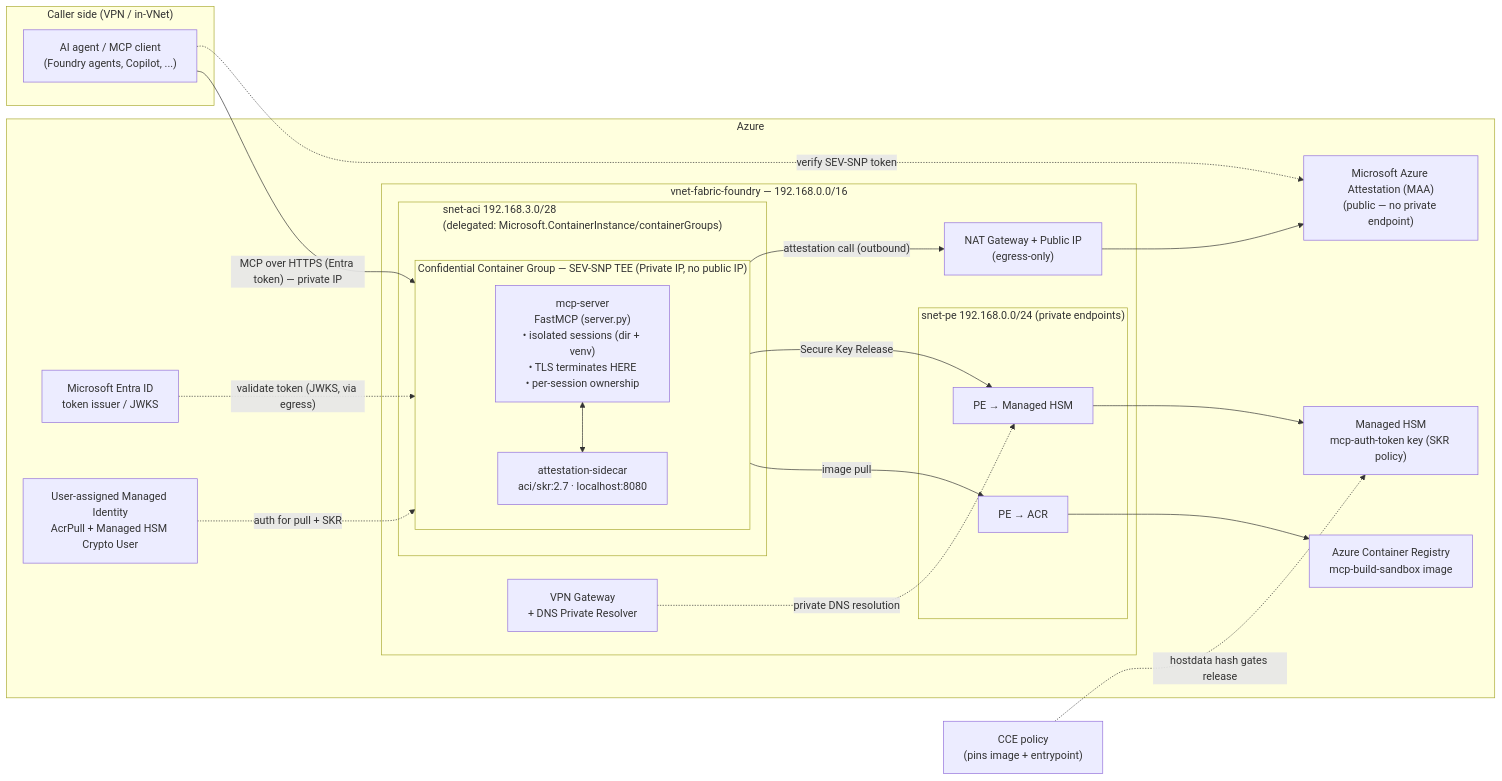
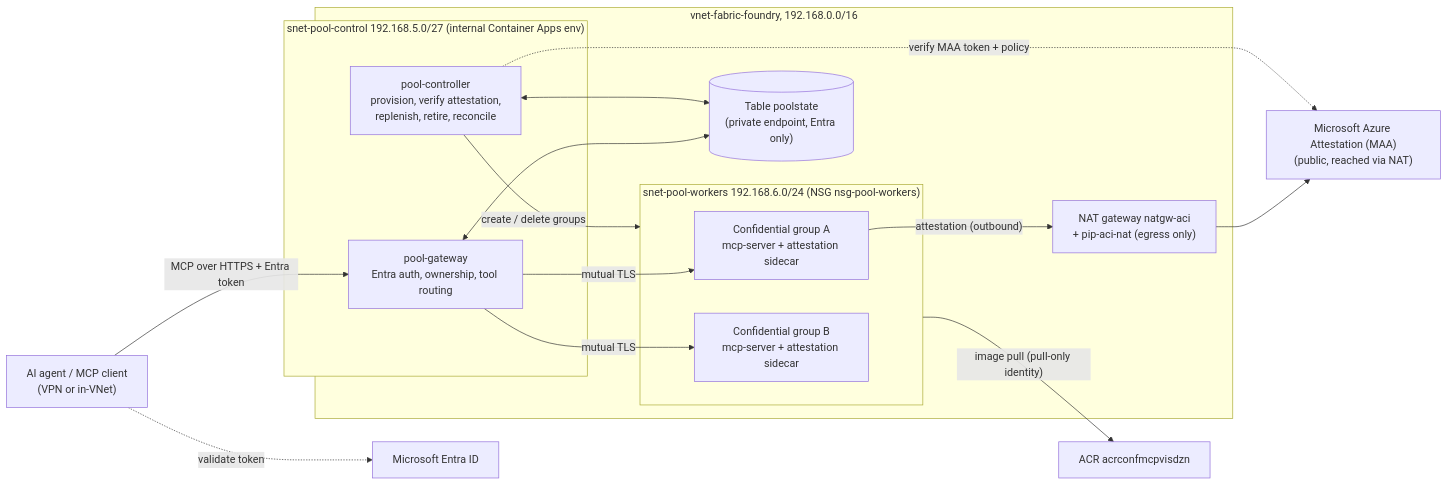
Before and after one commit to memasanz/confidential_compute: the diagram in docs/ARCHITECTURE.md, drawn with Mermaid. The commit also changed other lines of this file and 68 other files, not shown here.

First line of the commit message:
Replace single sandbox with pooled confidential ACI sessions; remove Managed HSM and SKR

````diff
--- a/docs/ARCHITECTURE.md
+++ b/docs/ARCHITECTURE.md
@@ -16,48 +18,32 @@
 ```mermaid
 flowchart LR
-    subgraph OnPrem["Caller side (VPN / in-VNet)"]
-        Agent["AI agent / MCP client<br/>(Foundry agents, Copilot, ...)"]
+    Agent["AI agent / MCP client<br/>(VPN or in-VNet)"]
+    Entra["Microsoft Entra ID"]
+    MAA["Microsoft Azure Attestation (MAA)<br/>(public, reached via NAT)"]
+
+    subgraph VNet["vnet-fabric-foundry, 192.168.0.0/16"]
+        subgraph Control["snet-pool-control 192.168.5.0/27 (internal Container Apps env)"]
+            GW["pool-gateway<br/>Entra auth, ownership, tool routing"]
+            CTL["pool-controller<br/>provision, verify attestation,<br/>replenish, retire, reconcile"]
+        end
+        Table[("Table poolstate<br/>(private endpoint, Entra only)")]
+        subgraph Workers["snet-pool-workers 192.168.6.0/24 (NSG nsg-pool-workers)"]
+            W1["Confidential group A<br/>mcp-server + attestation sidecar"]
+            W2["Confidential group B<br/>mcp-server + attestation sidecar"]
+        end
+        NAT["NAT gateway natgw-aci<br/>+ pip-aci-nat (egress only)"]
     end
+    ACR["ACR acrconfmcpvisdzn"]
 
-    subgraph Azure["Azure"]
-        MAA["Microsoft Azure Attestation (MAA)<br/>(public — no private endpoint)"]
-        Entra["Microsoft Entra ID<br/>token issuer / JWKS"]
-
-        subgraph VNet["vnet-fabric-foundry — 192.168.0.0/16"]
-            VPN["VPN Gateway<br/>+ DNS Private Resolver"]
-
-            subgraph SNETACI["snet-aci 192.168.3.0/28<br/>(delegated: Microsoft.ContainerInstance/containerGroups)"]
-                subgraph TEE["Confidential Container Group — SEV-SNP TEE (Private IP, no public IP)"]
-                    direction TB
-                    MCP["mcp-server<br/>FastMCP (server.py)<br/>• isolated sessions (dir + venv)<br/>• TLS terminates HERE<br/>• per-session ownership"]
-                    SKRSC["attestation-sidecar<br/>aci/skr:2.7 · localhost:8080"]
-                    MCP <--> SKRSC
-                end
-            end
-
-            NAT["NAT Gateway + Public IP<br/>(egress-only)"]
-
-            subgraph SNETPE["snet-pe 192.168.0.0/24 (private endpoints)"]
-                PEHSM["PE → Managed HSM"]
-                PEACR["PE → ACR"]
-            end
-        end
-
-        HSM["Managed HSM<br/>mcp-auth-token key (SKR policy)"]
-        ACR["Azure Container Registry<br/>mcp-build-sandbox image"]
-        MI["User-assigned Managed Identity<br/>AcrPull + Managed HSM Crypto User"]
-    end
-
-    Agent -- "MCP over HTTPS (Entra token) — private IP" --> MCP
-    VPN -. "private DNS resolution" .-> PEHSM
-    SKRSC -- "attestation call (outbound)" --> NAT
+    Agent -- "MCP over HTTPS + Entra token" --> GW
+    Agent -. "validate token" .-> Entra
+    GW <--> Table
+    CTL <--> Table
+    GW -- "mutual TLS" --> W1
+    GW -- "mutual TLS" --> W2
+    CTL -- "create / delete groups" --> Workers
+    W1 -- "attestation (outbound)" --> NAT
     NAT --> MAA
-    Agent -. "verify SEV-SNP token" .-> MAA
-    SKRSC -- "Secure Key Release" --> PEHSM
-    PEHSM --> HSM
-    MCP -- "image pull" --> PEACR
-    PEACR --> ACR
-    MI -. "auth for pull + SKR" .-> MCP
-    Entra -. "validate token (JWKS, via egress)" .-> MCP
-    CCE["CCE policy<br/>(pins image + entrypoint)"] -. "hostdata hash gates release" .-> HSM
+    CTL -. "verify MAA token + policy" .-> MAA
+    Workers -- "image pull (pull-only identity)" --> ACR
 ```
````
